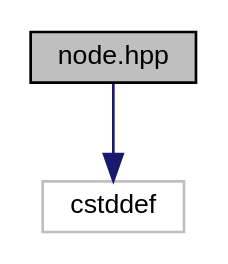
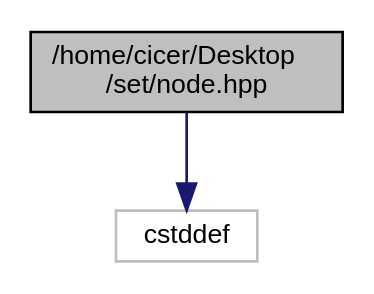
The diagram in node_8hpp__incl.dot (cicer-0/Doc_Set.github.io), drawn with Graphviz before and after one commit. The commit also changed 104 other files, not shown here.

```diff
--- a/node_8hpp__incl.dot
+++ b/node_8hpp__incl.dot
@@ -1,9 +1,9 @@
-digraph "node.hpp"
+digraph "/home/cicer/Desktop/set/node.hpp"
 {
  // LATEX_PDF_SIZE
   edge [fontname="Helvetica",fontsize="10",labelfontname="Helvetica",labelfontsize="10"];
   node [fontname="Helvetica",fontsize="10",shape=record];
-  Node1 [label="node.hpp",height=0.2,width=0.4,color="black", fillcolor="grey75", style="filled", fontcolor="black",tooltip="Clase Node el cual estara compuesto la clase Set."];
+  Node1 [label="/home/cicer/Desktop\l/set/node.hpp",height=0.2,width=0.4,color="black", fillcolor="grey75", style="filled", fontcolor="black",tooltip="Clase Node el cual estara compuesto la clase Set."];
   Node1 -> Node2 [color="midnightblue",fontsize="10",style="solid",fontname="Helvetica"];
   Node2 [label="cstddef",height=0.2,width=0.4,color="grey75", fillcolor="white", style="filled",tooltip=" "];
 }
```
